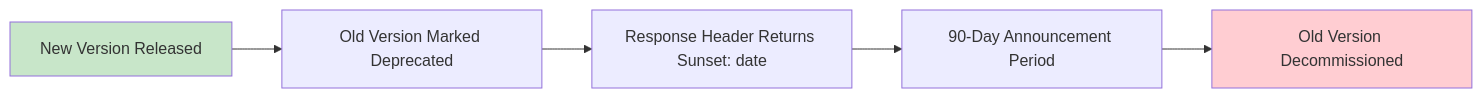
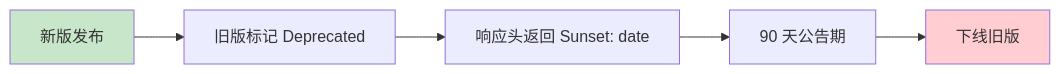
One commit to Kirky-X/cangjie changed the diagram in templates/Product/Technology/Template-API-Doc.md. Above: the diagram before and after it, drawn with Mermaid. The commit also changed other lines of this file and 33 other files, not shown here.

````diff
--- a/templates/Product/Technology/Template-API-Doc.md
+++ b/templates/Product/Technology/Template-API-Doc.md
@@ -533,9 +533,9 @@
 ```mermaid
 flowchart LR
-    A[New Version Released] --> B[Old Version Marked Deprecated]
-    B --> C[Response Header Returns Sunset: date]
-    C --> D[90-Day Announcement Period]
-    D --> E[Old Version Decommissioned]
+    A[新版发布] --> B[旧版标记 Deprecated]
+    B --> C[响应头返回 Sunset: date]
+    C --> D[90 天公告期]
+    D --> E[下线旧版]
     style A fill:#c8e6c9
     style E fill:#ffcdd2
 ```
````
